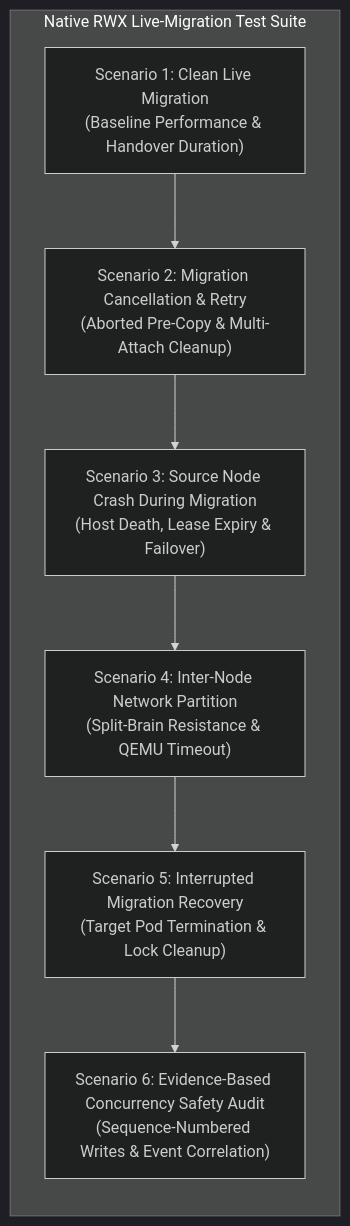
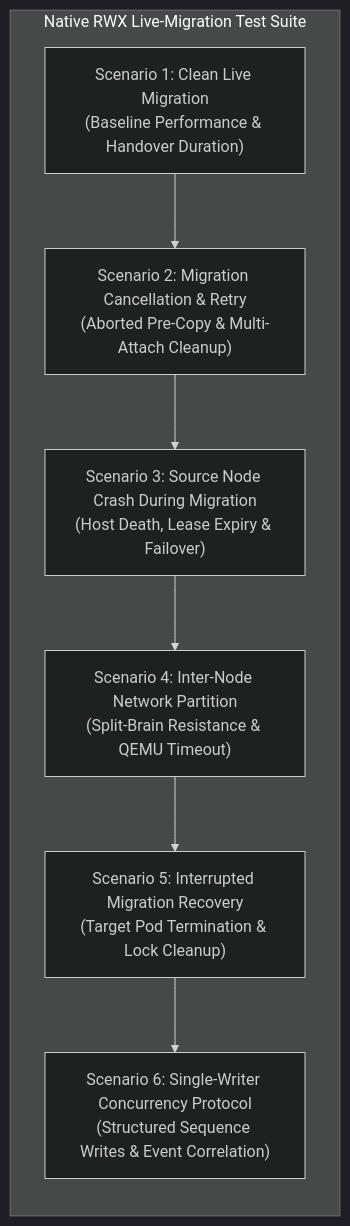
One commit to Swapnil220705/k8s-high-performance-storage changed the fourth of 5 diagrams in docs/storage-architecture-analysis.md. Above: the diagram before and after it, drawn with Mermaid (dark theme). The commit also changed other lines of this file, not shown here.

Commit message:
docs: specify migration single-writer protocol and rebuild configuration evidence

````diff
--- a/docs/storage-architecture-analysis.md
+++ b/docs/storage-architecture-analysis.md
@@ -184,14 +183,14 @@
 ```mermaid
 flowchart TD
     subgraph TestSuite["Native RWX Live-Migration Test Suite"]
         direction TB
         S1["Scenario 1: Clean Live Migration<br/>(Baseline Performance & Handover Duration)"]
         S2["Scenario 2: Migration Cancellation & Retry<br/>(Aborted Pre-Copy & Multi-Attach Cleanup)"]
         S3["Scenario 3: Source Node Crash During Migration<br/>(Host Death, Lease Expiry & Failover)"]
         S4["Scenario 4: Inter-Node Network Partition<br/>(Split-Brain Resistance & QEMU Timeout)"]
         S5["Scenario 5: Interrupted Migration Recovery<br/>(Target Pod Termination & Lock Cleanup)"]
-        S6["Scenario 6: Evidence-Based Concurrency Safety Audit<br/>(Sequence-Numbered Writes & Event Correlation)"]
+        S6["Scenario 6: Single-Writer Concurrency Protocol<br/>(Structured Sequence Writes & Event Correlation)"]
         
         S1 --> S2 --> S3 --> S4 --> S5 --> S6
     end
 ```
````
